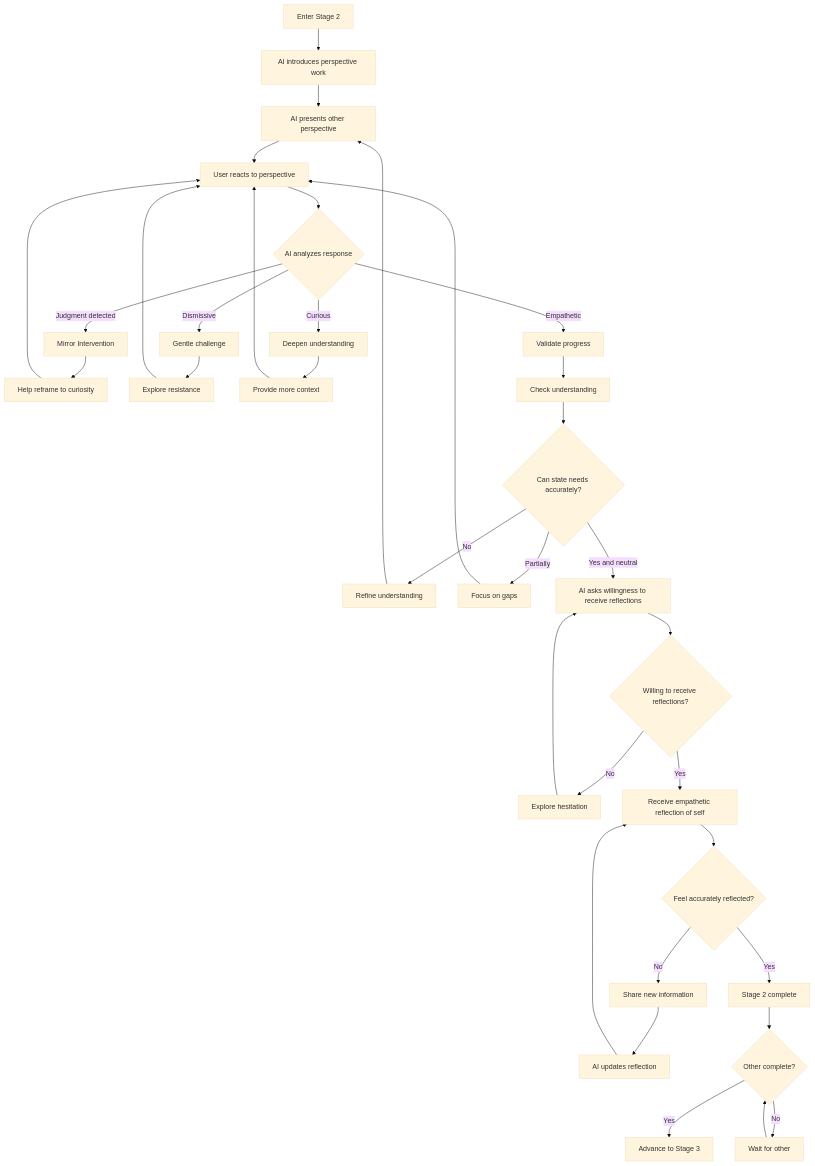
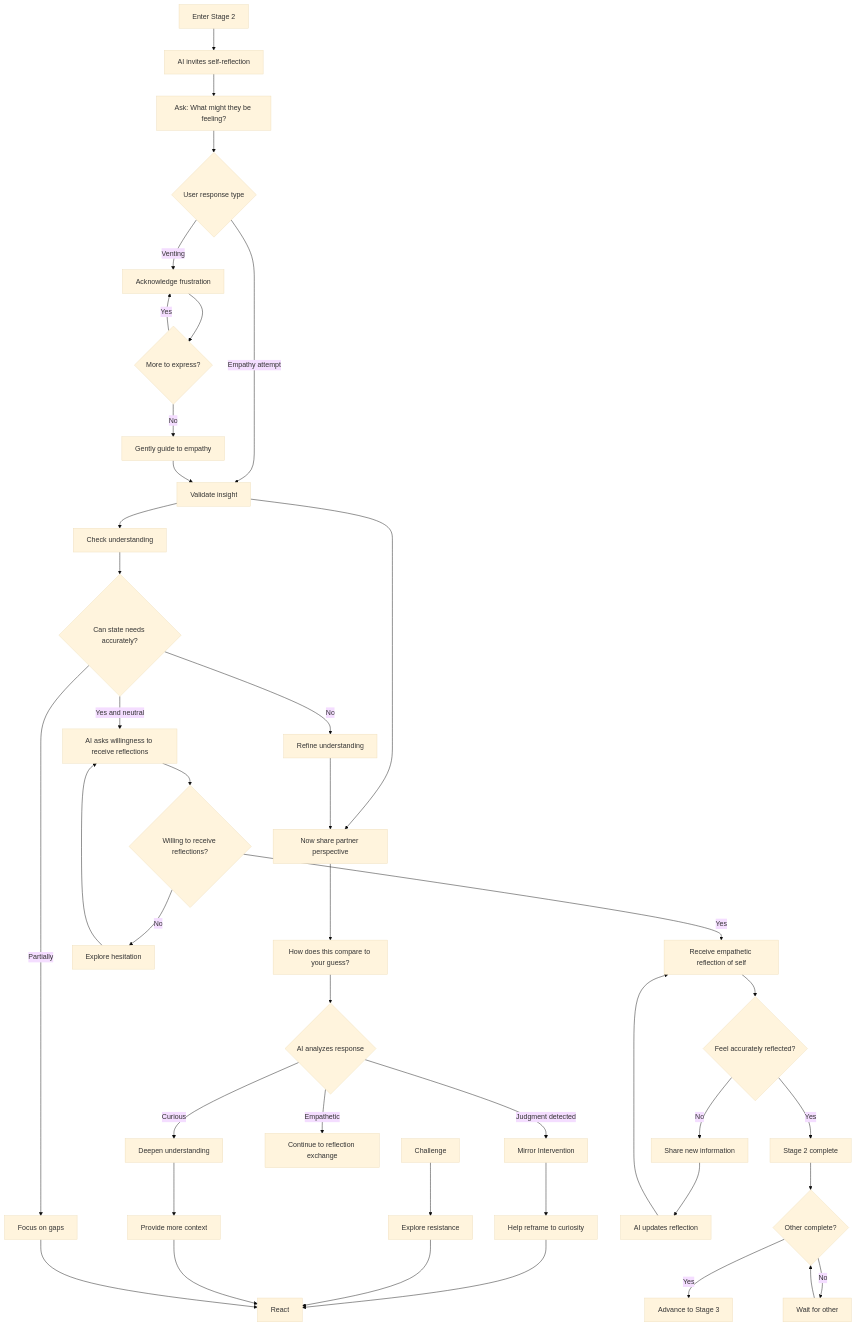
Before and after one commit to shantamg/meet-without-fear: the first of 4 diagrams in docs/mvp-planning/plans/stages/stage-2-perspective-stretch.md, drawn with Mermaid (base theme). The commit also changed other lines of this file and 6 other files, not shown here.

````diff
--- a/docs/mvp-planning/plans/stages/stage-2-perspective-stretch.md
+++ b/docs/mvp-planning/plans/stages/stage-2-perspective-stretch.md
@@ -16,45 +30,54 @@
 ```mermaid
 flowchart TD
-    Enter[Enter Stage 2] --> Intro[AI introduces perspective work]
-    Intro --> Present[AI presents other perspective]
+    Enter[Enter Stage 2] --> Invite[AI invites self-reflection]
+    Invite --> Imagine[Ask: What might they be feeling?]
 
-    Present --> React[User reacts to perspective]
+    Imagine --> Response{User response type}
+    Response -->|Venting| Acknowledge[Acknowledge frustration]
+    Acknowledge --> MoreVent{More to express?}
+    MoreVent -->|Yes| Acknowledge
+    MoreVent -->|No| EmpathyPrompt[Gently guide to empathy]
 
-    React --> Analysis{AI analyzes response}
+    Response -->|Empathy attempt| Validate[Validate insight]
+    EmpathyPrompt --> Validate
+
+    Validate --> Present[Now share partner perspective]
+    Present --> Compare[How does this compare to your guess?]
+
+    Compare --> Analysis{AI analyzes response}
     Analysis -->|Judgment detected| Mirror[Mirror Intervention]
-    Analysis -->|Dismissive| Challenge[Gentle challenge]
     Analysis -->|Curious| Deepen[Deepen understanding]
-    Analysis -->|Empathetic| Validate[Validate progress]
+    Analysis -->|Empathetic| Proceed[Continue to reflection exchange]
 
     Mirror --> Reframe[Help reframe to curiosity]
     Reframe --> React
     Challenge --> Explore[Explore resistance]
     Explore --> React
 
     Deepen --> MoreContext[Provide more context]
     MoreContext --> React
     Validate --> TestCheck[Check understanding]
 
     TestCheck --> Accurate{Can state needs accurately?}
     Accurate -->|No| Refine[Refine understanding]
     Refine --> Present
     Accurate -->|Partially| MoreWork[Focus on gaps]
     MoreWork --> React
     Accurate -->|Yes and neutral| WillingCheck[AI asks willingness to receive reflections]
 
     WillingCheck --> Willing{Willing to receive reflections?}
     Willing -->|No| Explore2[Explore hesitation]
     Explore2 --> WillingCheck
     Willing -->|Yes| ReceiveReflection[Receive empathetic reflection of self]
 
     ReceiveReflection --> AccurateReflection{Feel accurately reflected?}
     AccurateReflection -->|No| ShareMore[Share new information]
     ShareMore --> UpdateReflection[AI updates reflection]
     UpdateReflection --> ReceiveReflection
     AccurateReflection -->|Yes| Complete[Stage 2 complete]
 
     Complete --> WaitOther{Other complete?}
     WaitOther -->|Yes| Advance[Advance to Stage 3]
     WaitOther -->|No| Wait[Wait for other]
     Wait --> WaitOther
 ```
````
